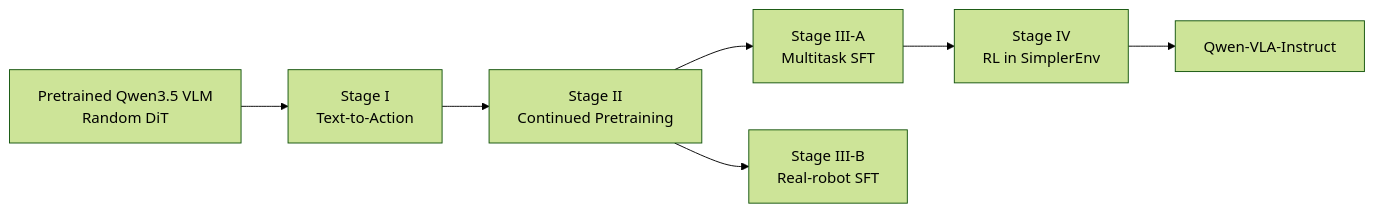
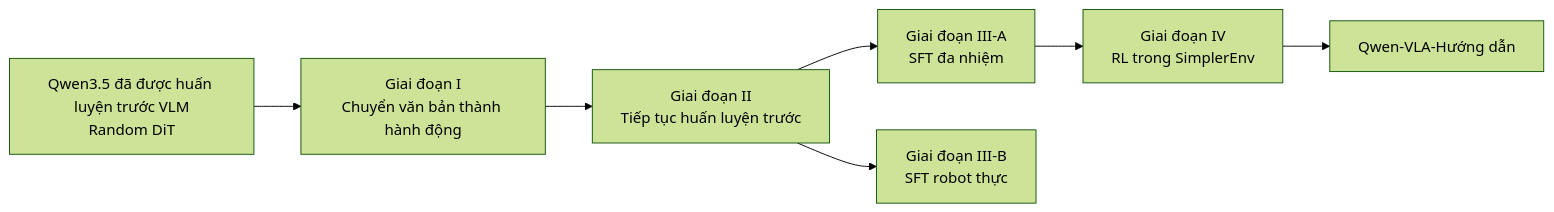
The third of 5 diagrams in docs/research_finding/01-gwen/qwen_models/Qwen-VLA/qwen_vla_details.md (cycler04/VinRobotics-VLA), drawn with Mermaid (forest theme) before and after one commit. The commit also changed other lines of this file and 24 other files, not shown here.

````diff
--- a/docs/research_finding/01-gwen/qwen_models/Qwen-VLA/qwen_vla_details.md
+++ b/docs/research_finding/01-gwen/qwen_models/Qwen-VLA/qwen_vla_details.md
@@ -871,9 +871,9 @@
 ```mermaid
 flowchart LR
-    PRE["Pretrained Qwen3.5 VLM<br/>Random DiT"] --> T2A["Stage I<br/>Text-to-Action"]
-    T2A --> CPT["Stage II<br/>Continued Pretraining"]
-    CPT --> SFT1["Stage III-A<br/>Multitask SFT"]
-    CPT --> SFT2["Stage III-B<br/>Real-robot SFT"]
-    SFT1 --> RL["Stage IV<br/>RL in SimplerEnv"]
-    RL --> INST["Qwen-VLA-Instruct"]
+    PRE["Qwen3.5 đã được huấn luyện trước VLM<br/>Random DiT"] --> T2A["Giai đoạn I<br/>Chuyển văn bản thành hành động"]
+    T2A --> CPT["Giai đoạn II<br/>Tiếp tục huấn luyện trước"]
+    CPT --> SFT1["Giai đoạn III-A<br/>SFT đa nhiệm"]
+    CPT --> SFT2["Giai đoạn III-B<br/>SFT robot thực"]
+    SFT1 --> RL["Giai đoạn IV<br/>RL trong SimplerEnv"]
+    RL --> INST["Qwen-VLA-Hướng dẫn"]
 ```
````
